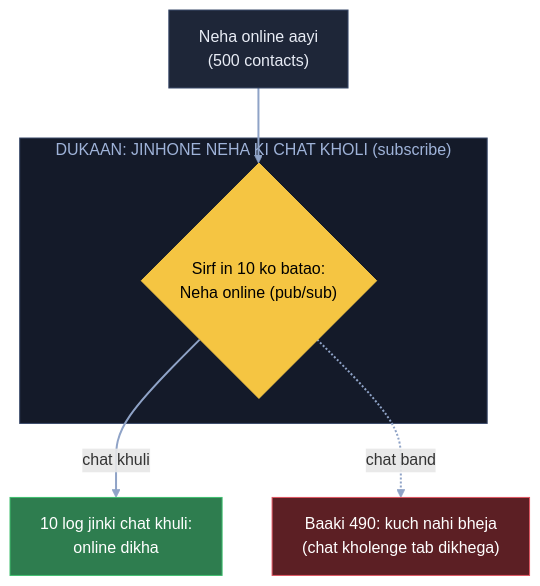
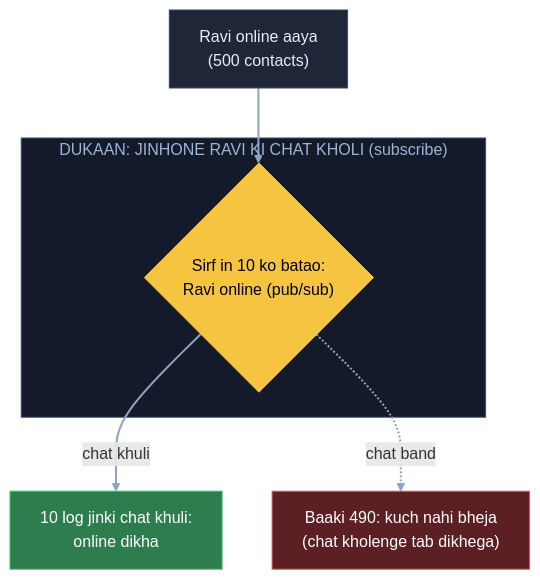
One commit to ArpanMaheshwari144/Prep changed diagram 12 of 13 in 04_HLD/SYSTEM_DESIGNS/14_chat_messaging/14_chat_messaging.md. Above: the diagram before and after it, drawn with Mermaid. The commit also changed other lines of this file and 2 other files, not shown here.

Commit message:
HLD chat 11b: Neha ki jagah Ravi, poori kahani ek hi kirdaar

````diff
--- a/04_HLD/SYSTEM_DESIGNS/14_chat_messaging/14_chat_messaging.md
+++ b/04_HLD/SYSTEM_DESIGNS/14_chat_messaging/14_chat_messaging.md
@@ -384,18 +384,18 @@
 ```mermaid
 flowchart TB
-    N["Neha online aayi<br/>(500 contacts)"]:::card
-    subgraph DK["DUKAAN: JINHONE NEHA KI CHAT KHOLI (subscribe)"]
-        S{"Sirf in 10 ko batao:<br/>Neha online (pub/sub)"}:::pill
+    N["Ravi online aaya<br/>(500 contacts)"]:::card
+    subgraph DK["DUKAAN: JINHONE RAVI KI CHAT KHOLI (subscribe)"]
+        S{"Sirf in 10 ko batao:<br/>Ravi online (pub/sub)"}:::pill
     end
     Y["10 log jinki chat khuli:<br/>online dikha"]:::good
     X["Baaki 490: kuch nahi bheja<br/>(chat kholenge tab dikhega)"]:::bad
     N --> S
     S -- "chat khuli" --> Y
     S -. "chat band" .-> X
     linkStyle default stroke:#8fa3c7,stroke-width:2px
     classDef card fill:#1e2638,stroke:#3a4a6b,color:#e8ecf5
     classDef pill fill:#f5c542,stroke:#f5c542,color:#000
     classDef good fill:#2e7d4f,stroke:#3fbf6f,color:#fff
     classDef bad fill:#5c1f24,stroke:#e05561,color:#fff
     style DK fill:#141a29,stroke:#3a4a6b,color:#9fb3d9
 ```
````
